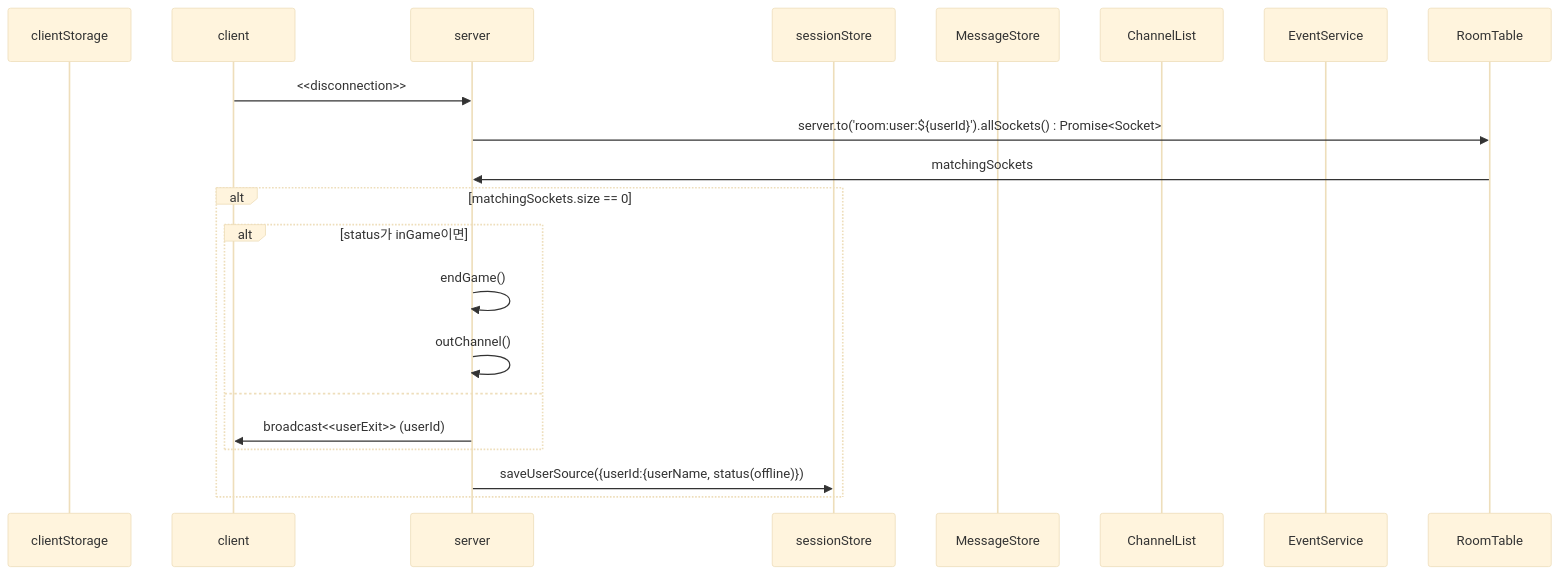
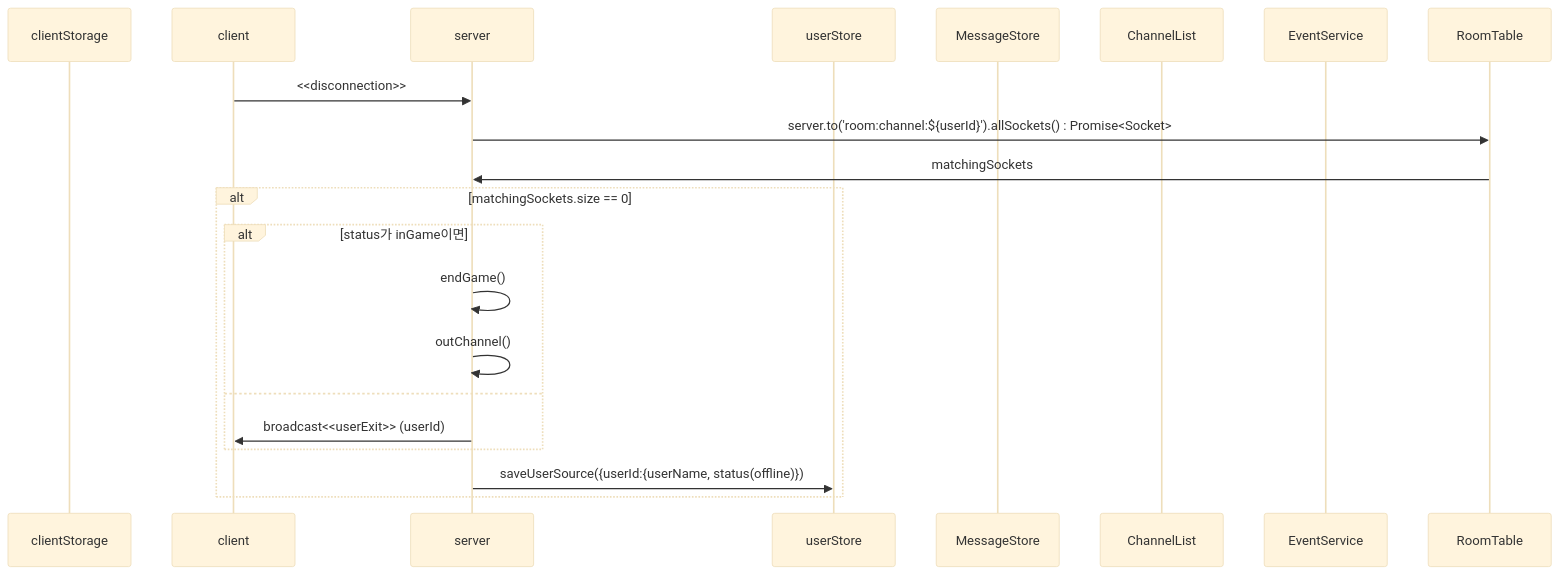
One commit to mtak0235/simmons_transcendence changed the third of 19 diagrams in backend/node/app/event.md. Above: the diagram before and after it, drawn with Mermaid (base theme). The commit also changed other lines of this file, not shown here.

````diff
--- a/backend/node/app/event.md
+++ b/backend/node/app/event.md
@@ -57,24 +57,24 @@
 ```mermaid
 sequenceDiagram
 participant cls as clientStorage
 participant c as client
 participant ga as server
-participant ss as sessionStore
+participant ss as userStore
 participant ms as MessageStore
 participant cns as ChannelList
 participant cs as EventService
 participant rt as RoomTable
 
 c->>ga: <<disconnection>>
-ga->>rt: server.to('room:user:${userId}').allSockets() : Promise<Socket>
+ga->>rt: server.to('room:channel:${userId}').allSockets() : Promise<Socket>
 rt->>ga: matchingSockets
 alt matchingSockets.size == 0
 alt status가 inGame이면 
 ga->>ga: endGame()
 ga->>ga: outChannel()
 else
 ga->>c: broadcast<<userExit>> (userId)
 end
 ga->>ss: saveUserSource({userId:{userName, status(offline)})
 end
 ```
````
